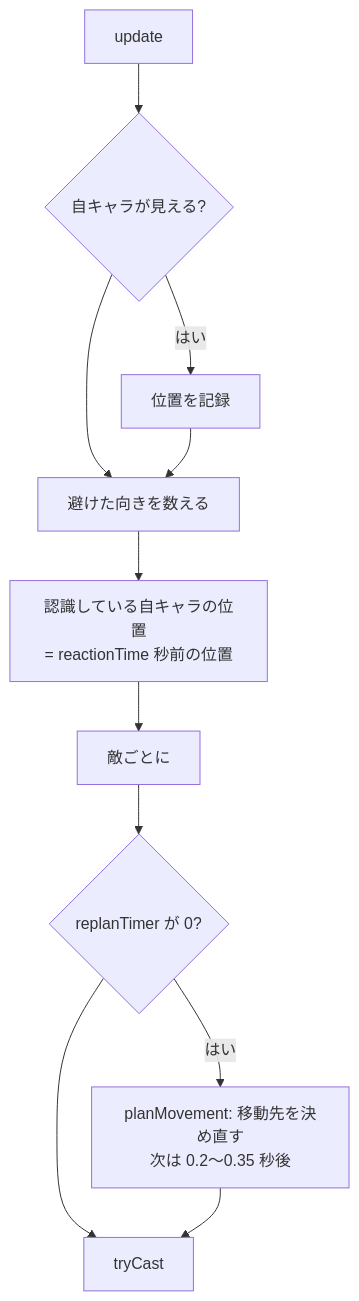
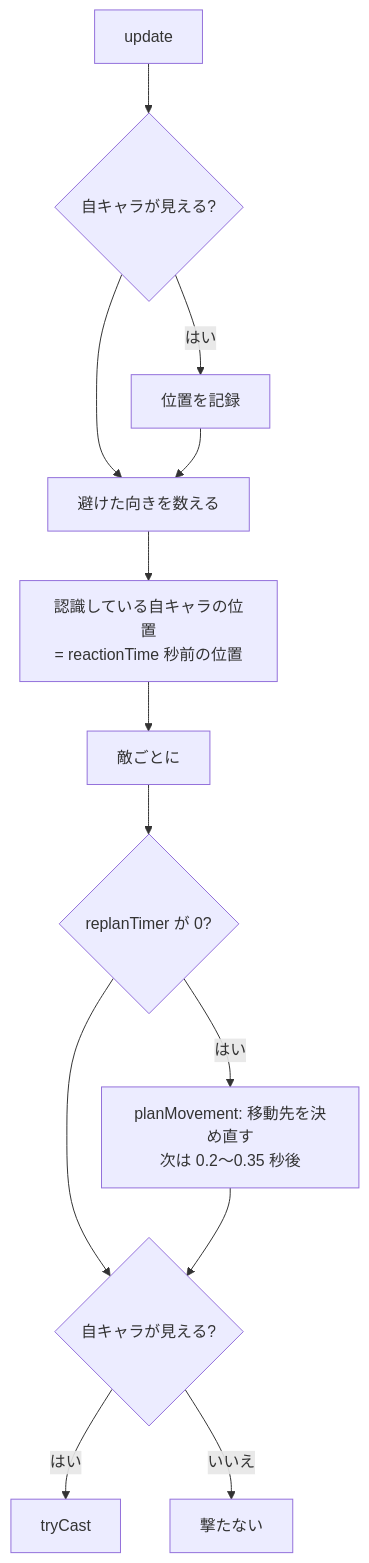
One commit to Sortorow/moba-trainer changed the second of 3 diagrams in docs/design/16-game-ai.md. Above: the diagram before and after it, drawn with Mermaid. The commit also changed other lines of this file and 61 other files, not shown here.

````diff
--- a/docs/design/16-game-ai.md
+++ b/docs/design/16-game-ai.md
@@ -132,13 +134,15 @@
 ```mermaid
 flowchart TD
     A[update] --> B{自キャラが見える?}
     B -->|はい| C[位置を記録]
     B --> D[避けた向きを数える]
     C --> D
     D --> E[認識している自キャラの位置<br/>= reactionTime 秒前の位置]
     E --> F[敵ごとに]
     F --> G{replanTimer が 0?}
     G -->|はい| H[planMovement: 移動先を決め直す<br/>次は 0.2〜0.35 秒後]
-    G --> I[tryCast]
-    H --> I
+    G --> J{自キャラが見える?}
+    H --> J
+    J -->|はい| I[tryCast]
+    J -->|いいえ| K[撃たない]
 ```
````
